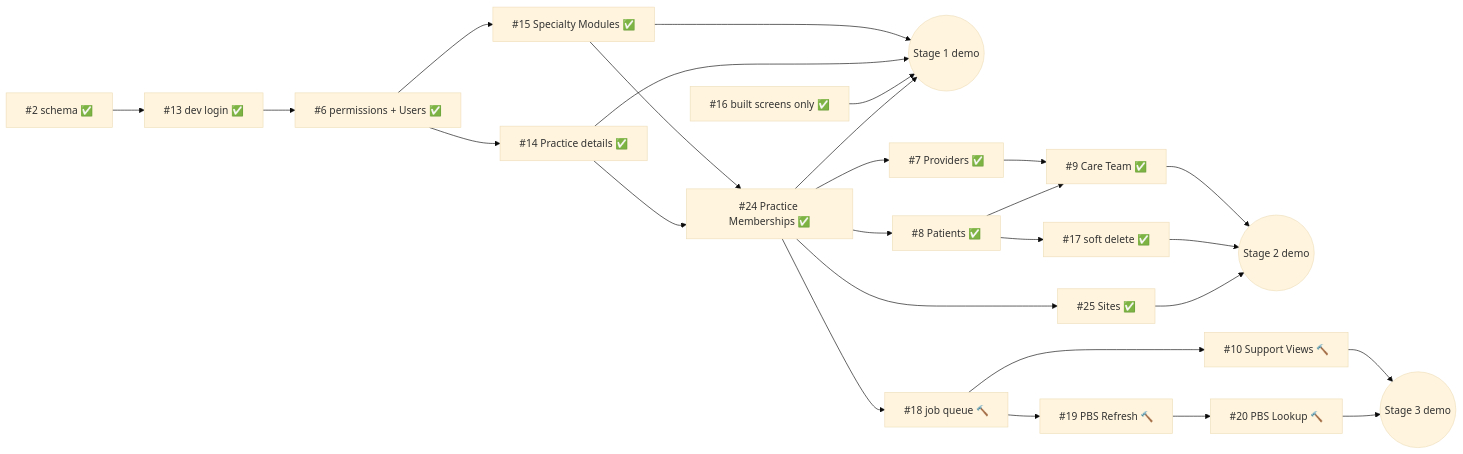
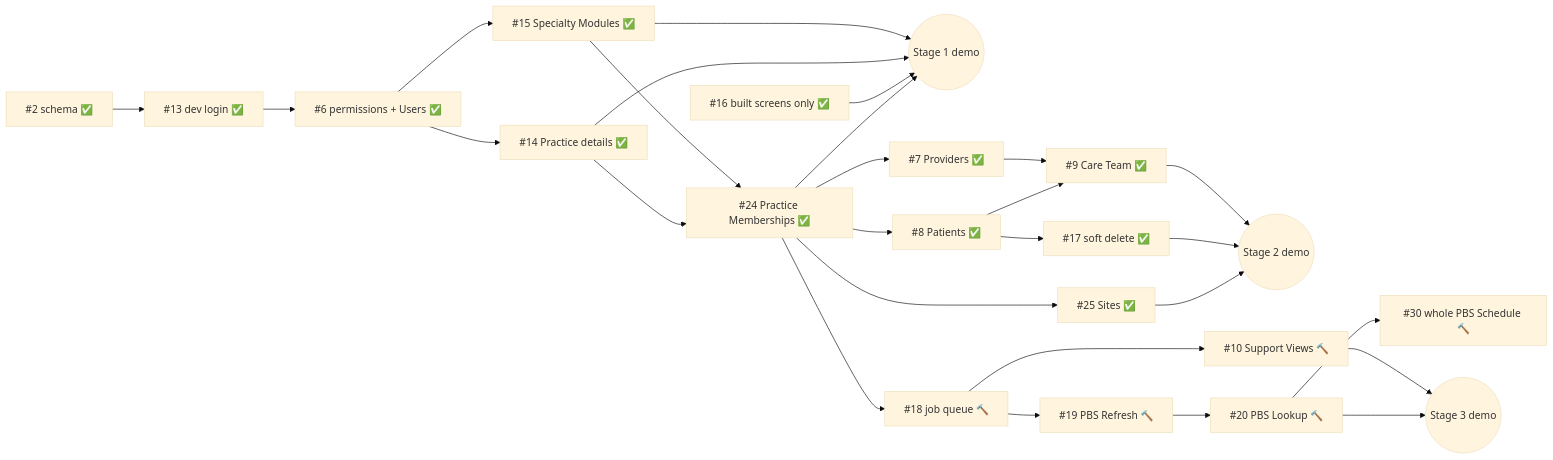
One commit to kl-a/vigil_care changed the diagram in docs/build-order.md. Above: the diagram before and after it, drawn with Mermaid (base theme). The commit also changed other lines of this file and 32 other files, not shown here.

First line of the commit message:
PBS Drug Lookup: the whole PBS Schedule, browsable and clearer (#30)

````diff
--- a/docs/build-order.md
+++ b/docs/build-order.md
@@ -86,24 +87,24 @@
 ```mermaid
 flowchart LR
     T2[#2 schema ✅] --> T13[#13 dev login ✅]
     T13 --> T6[#6 permissions + Users ✅]
     T6 --> T14[#14 Practice details ✅]
     T6 --> T15[#15 Specialty Modules ✅]
     T14 --> T24[#24 Practice Memberships ✅]
     T15 --> T24
     T24 --> S1
     T16[#16 built screens only ✅] --> S1((Stage 1 demo))
     T14 --> S1
     T15 --> S1
     T24 --> T8[#8 Patients ✅] --> T17[#17 soft delete ✅]
     T24 --> T7[#7 Providers ✅]
     T24 --> T25[#25 Sites ✅] --> S2
     T8 --> T9[#9 Care Team ✅]
     T7 --> T9
     T17 --> S2((Stage 2 demo))
     T9 --> S2
-    T24 --> T18[#18 job queue 🔨] --> T19[#19 PBS Refresh 🔨] --> T20[#20 PBS Lookup 🔨]
+    T24 --> T18[#18 job queue 🔨] --> T19[#19 PBS Refresh 🔨] --> T20[#20 PBS Lookup 🔨] --> T30[#30 whole PBS Schedule 🔨]
     T18 --> T10[#10 Support Views 🔨]
     T20 --> S3((Stage 3 demo))
     T10 --> S3
 ```
````
